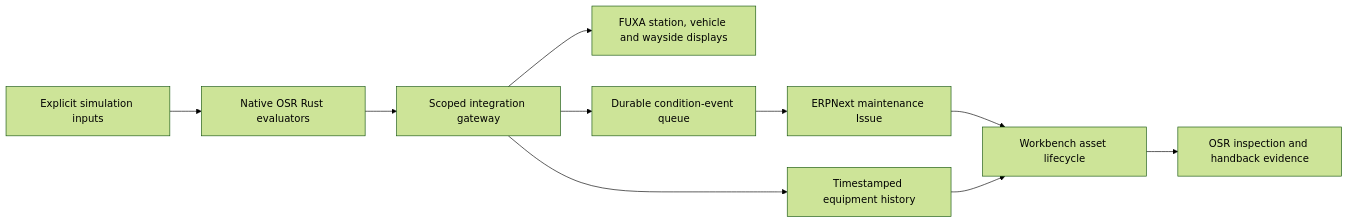
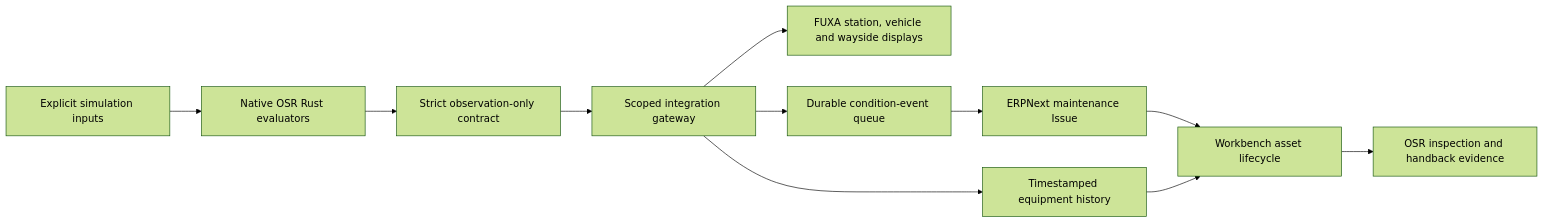
One commit to modernecotech/OpenSourceRail changed the diagram in docs/lifecycle/embedded-integration.md. Above: the diagram before and after it, drawn with Mermaid (forest theme). The commit also changed other lines of this file and 67 other files, not shown here.

````diff
--- a/docs/lifecycle/embedded-integration.md
+++ b/docs/lifecycle/embedded-integration.md
@@ -7,12 +8,13 @@
 ```mermaid
 flowchart LR
   I[Explicit simulation inputs] --> R[Native OSR Rust evaluators]
-  R --> G[Scoped integration gateway]
+  R --> C[Strict observation-only contract]
+  C --> G[Scoped integration gateway]
   G --> H[Timestamped equipment history]
   G --> F[FUXA station, vehicle and wayside displays]
   G --> Q[Durable condition-event queue]
   Q --> E[ERPNext maintenance Issue]
   E --> W[Workbench asset lifecycle]
   H --> W
   W --> A[OSR inspection and handback evidence]
 ```
````
